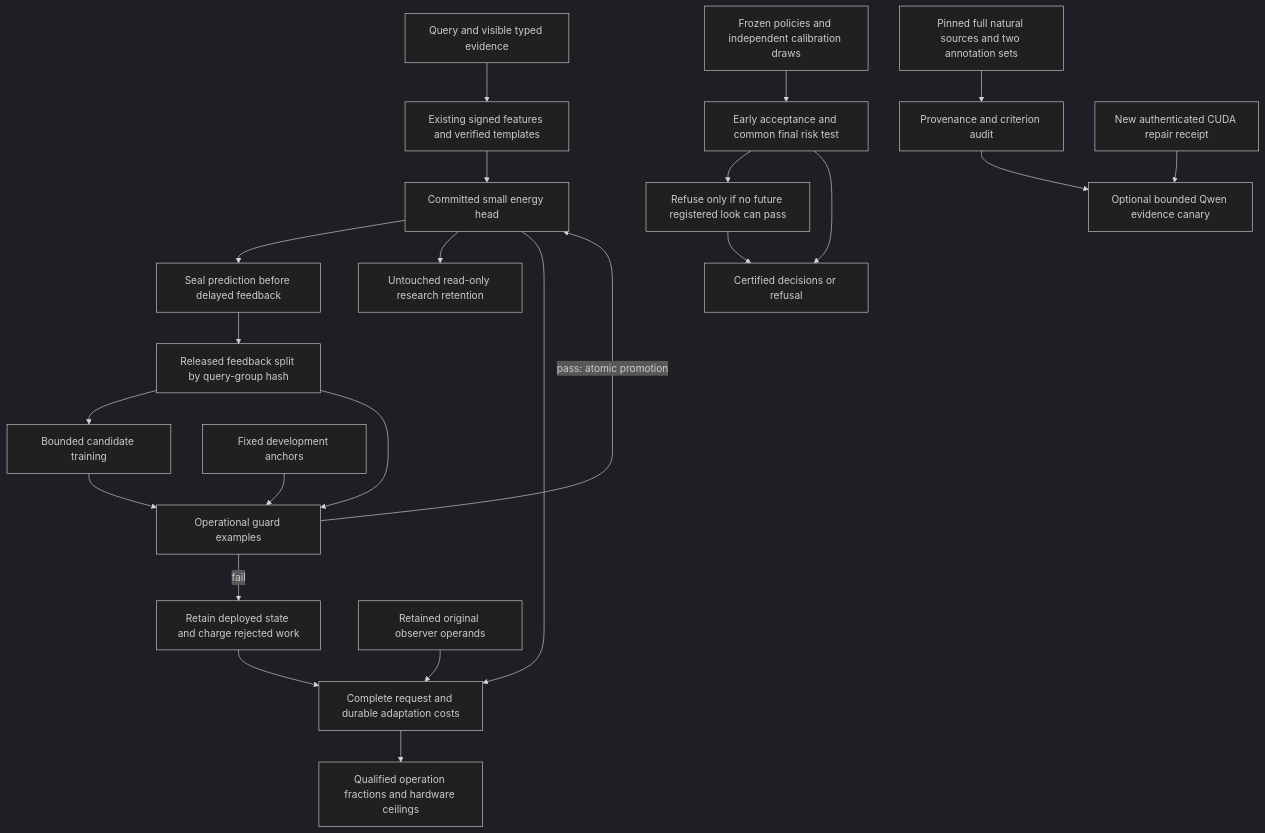
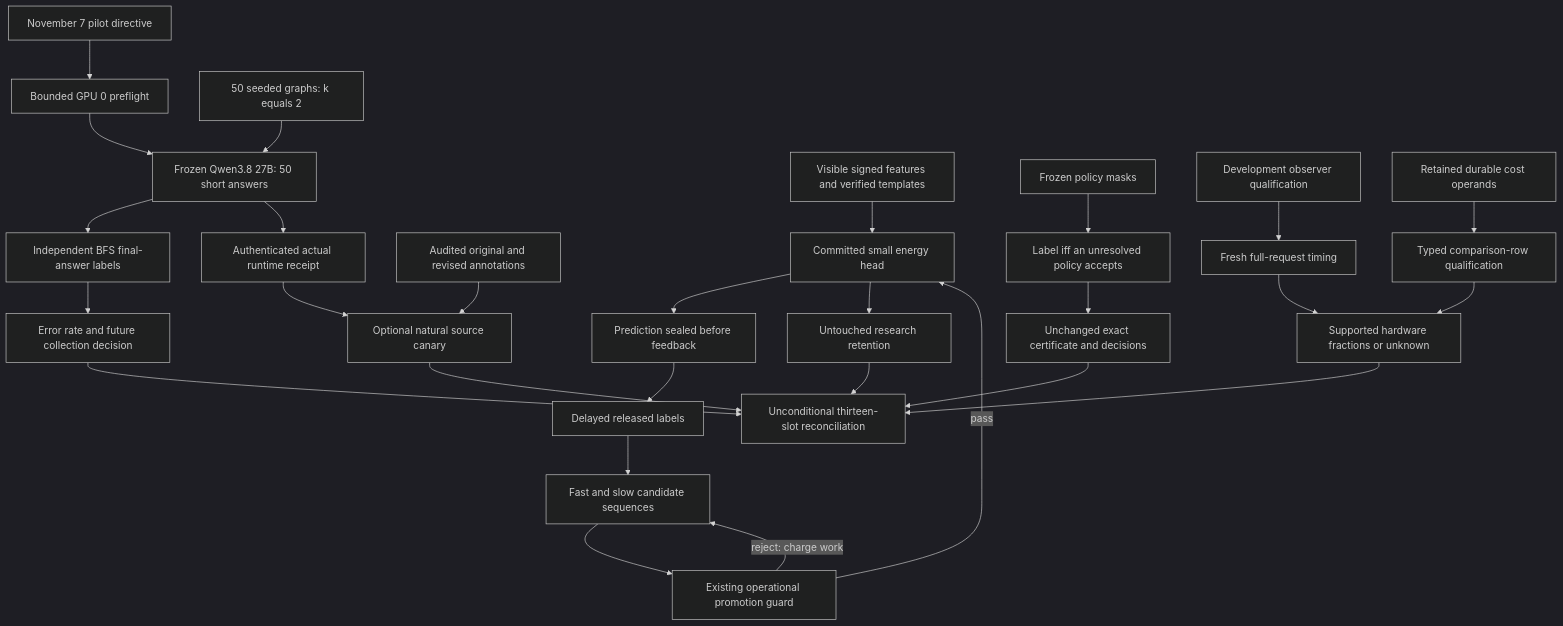
The first of 2 diagrams in openspec/change-proposals/research-roadmap-vNEXT.md (Carnot-EBM/carnot-ebm), drawn with Mermaid (dark theme) before and after one commit. The commit also changed other lines of this file and 19 other files, not shown here.

````diff
--- a/openspec/change-proposals/research-roadmap-vNEXT.md
+++ b/openspec/change-proposals/research-roadmap-vNEXT.md
@@ -74,25 +80,30 @@
 ```mermaid
 flowchart TD
-    Q[Query and visible typed evidence] --> F[Existing signed features and verified templates]
-    F --> D[Committed small energy head]
-    D --> P[Seal prediction before delayed feedback]
-    P --> S[Released feedback split by query-group hash]
-    S --> T[Bounded candidate training]
-    S --> G[Operational guard examples]
-    A[Fixed development anchors] --> G
-    T --> G
-    G -->|pass: atomic promotion| D
-    G -->|fail| J[Retain deployed state and charge rejected work]
-    D --> R[Untouched read-only research retention]
-    C[Frozen policies and independent calibration draws] --> B[Early acceptance and common final risk test]
-    B --> I[Refuse only if no future registered look can pass]
-    B --> O[Certified decisions or refusal]
-    I --> O
-    N[Pinned full natural sources and two annotation sets] --> V[Provenance and criterion audit]
-    X[New authenticated CUDA repair receipt] --> L[Optional bounded Qwen evidence canary]
-    V --> L
-    H[Retained original observer operands] --> K[Complete request and durable adaptation costs]
-    D --> K
-    J --> K
-    K --> W[Qualified operation fractions and hardware ceilings]
+    OP[November 7 pilot directive] --> GP[Bounded GPU 0 preflight]
+    GP --> Q[Frozen Qwen3.8 27B: 50 short answers]
+    G[50 seeded graphs: k equals 2] --> Q
+    Q --> BFS[Independent BFS final-answer labels]
+    BFS --> E[Error rate and future collection decision]
+    Q --> RT[Authenticated actual runtime receipt]
+    RT --> NC[Optional natural source canary]
+    AN[Audited original and revised annotations] --> NC
+    X[Visible signed features and verified templates] --> D[Committed small energy head]
+    D --> P[Prediction sealed before feedback]
+    P --> F[Delayed released labels]
+    F --> O[Fast and slow candidate sequences]
+    O --> GU[Existing operational promotion guard]
+    GU -->|pass| D
+    GU -->|reject: charge work| O
+    D --> R[Untouched research retention]
+    MS[Frozen policy masks] --> LD[Label iff an unresolved policy accepts]
+    LD --> C[Unchanged exact certificate and decisions]
+    DV[Development observer qualification] --> CW[Fresh full-request timing]
+    OC[Retained durable cost operands] --> CQ[Typed comparison-row qualification]
+    CW --> H[Supported hardware fractions or unknown]
+    CQ --> H
+    R --> CA[Unconditional thirteen-slot reconciliation]
+    E --> CA
+    C --> CA
+    NC --> CA
+    H --> CA
 ```
````
